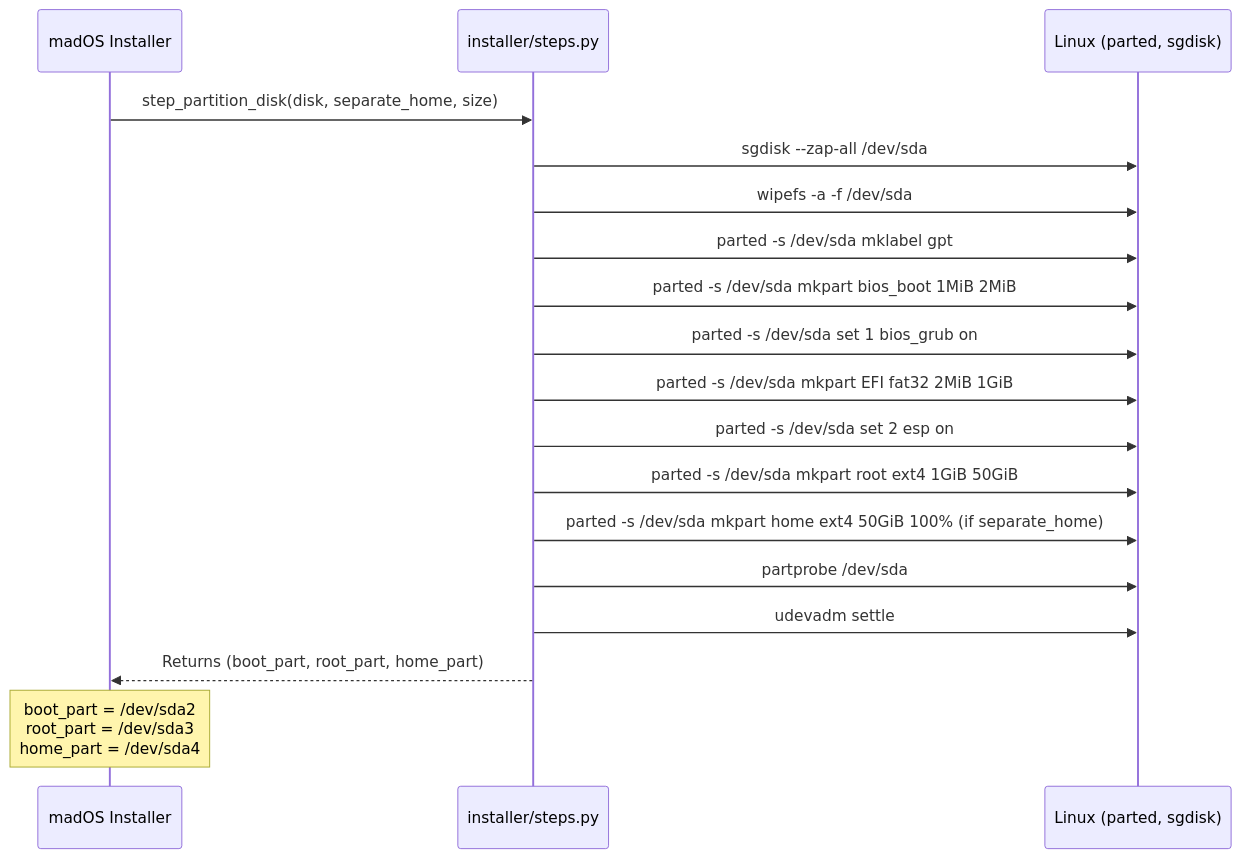
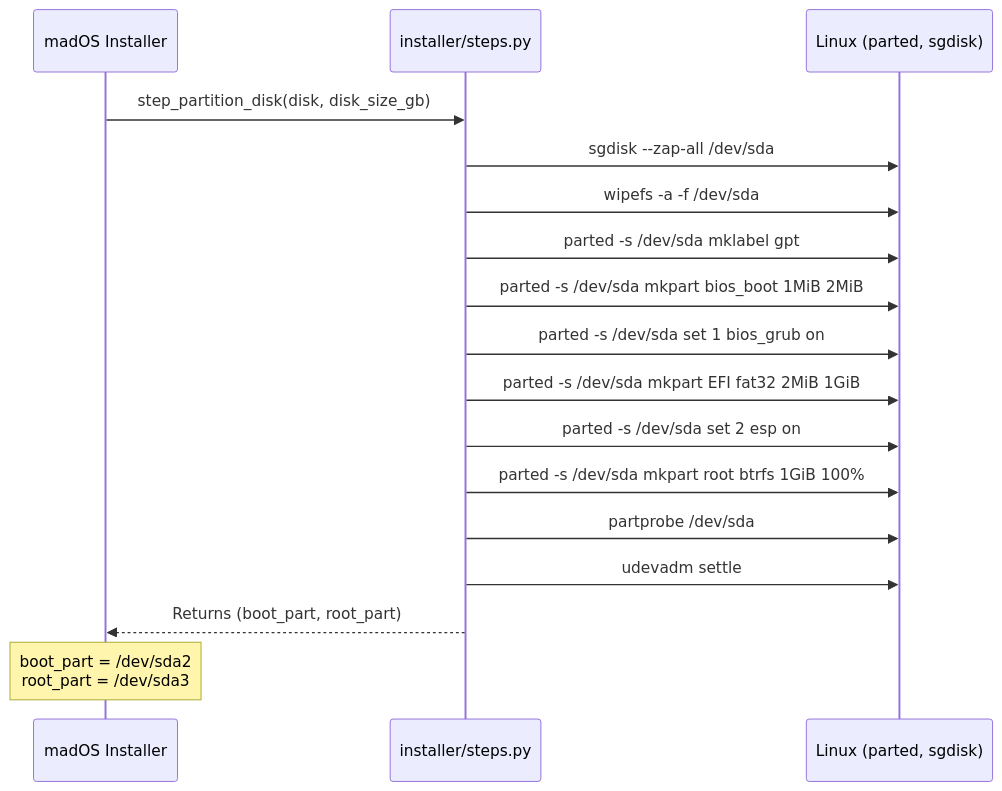
One commit to madoslinux/mados-installer changed the second of 13 diagrams in INSTALLATION_FLOW.md. Above: the diagram before and after it, drawn with Mermaid. The commit also changed other lines of this file and 3 other files, not shown here.

````diff
--- a/INSTALLATION_FLOW.md
+++ b/INSTALLATION_FLOW.md
@@ -29,27 +42,26 @@
 ```mermaid
 sequenceDiagram
     participant App as madOS Installer
     participant Steps as installer/steps.py
     participant System as Linux (parted, sgdisk)
 
-    App->>Steps: step_partition_disk(disk, separate_home, size)
-    
+    App->>Steps: step_partition_disk(disk, disk_size_gb)
+
     Steps->>System: sgdisk --zap-all /dev/sda
     Steps->>System: wipefs -a -f /dev/sda
     Steps->>System: parted -s /dev/sda mklabel gpt
-    
+
     Steps->>System: parted -s /dev/sda mkpart bios_boot 1MiB 2MiB
     Steps->>System: parted -s /dev/sda set 1 bios_grub on
-    
+
     Steps->>System: parted -s /dev/sda mkpart EFI fat32 2MiB 1GiB
     Steps->>System: parted -s /dev/sda set 2 esp on
-    
-    Steps->>System: parted -s /dev/sda mkpart root ext4 1GiB 50GiB
-    Steps->>System: parted -s /dev/sda mkpart home ext4 50GiB 100% (if separate_home)
-    
+
+    Steps->>System: parted -s /dev/sda mkpart root btrfs 1GiB 100%
+
     Steps->>System: partprobe /dev/sda
     Steps->>System: udevadm settle
-    
-    Steps-->>App: Returns (boot_part, root_part, home_part)
-    Note over App: boot_part = /dev/sda2<br/>root_part = /dev/sda3<br/>home_part = /dev/sda4
+
+    Steps-->>App: Returns (boot_part, root_part)
+    Note over App: boot_part = /dev/sda2<br/>root_part = /dev/sda3
 ```
````
